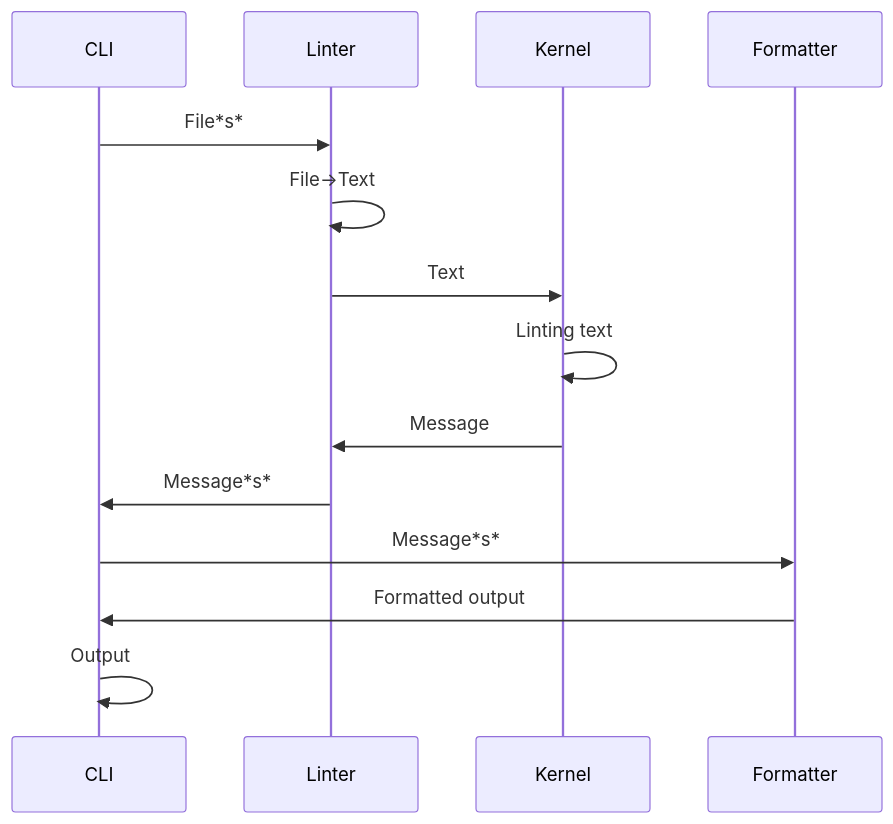
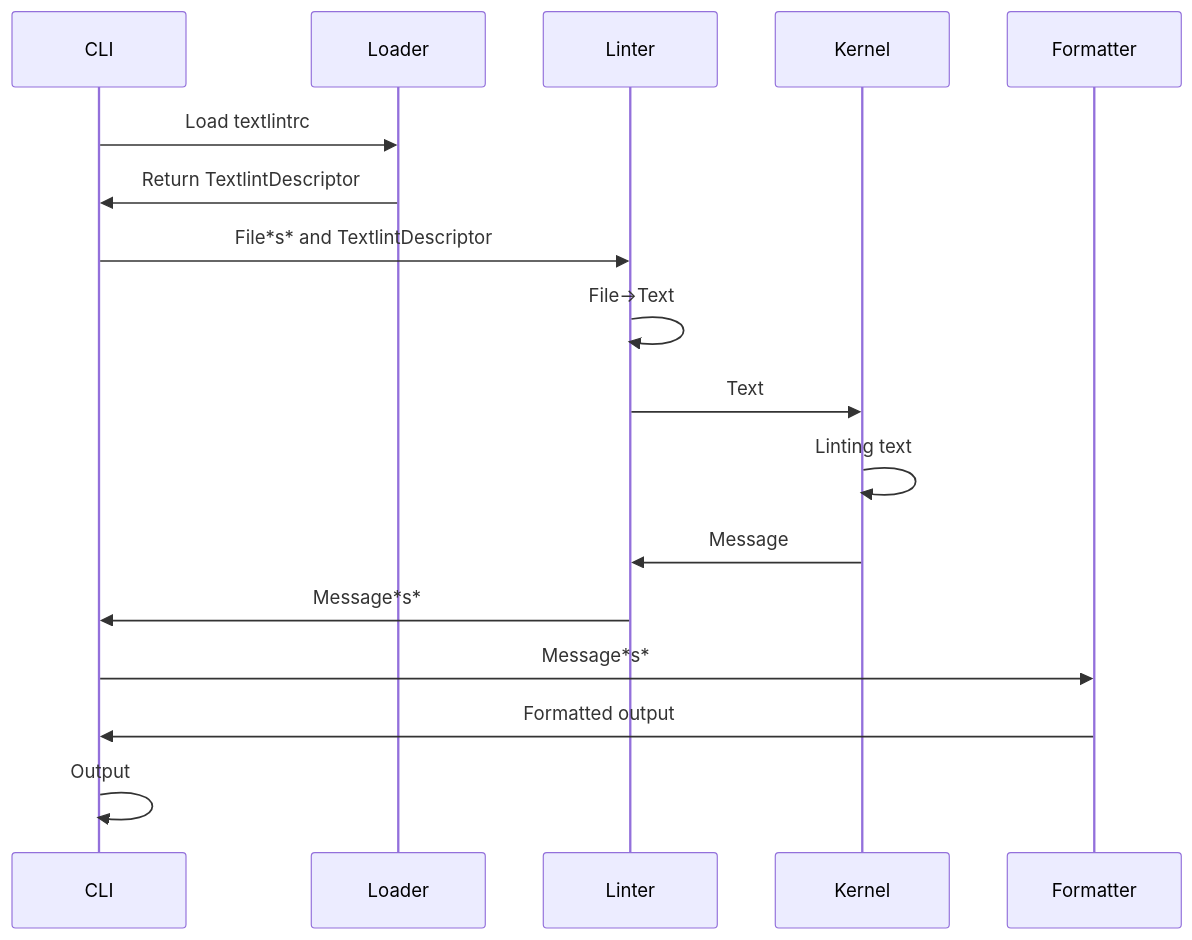
One commit to textlint/textlint changed the diagram in packages/textlint/src/README.md. Above: the diagram before and after it, drawn with Mermaid.

````diff
--- a/packages/textlint/src/README.md
+++ b/packages/textlint/src/README.md
@@ -5,12 +5,14 @@
 ```mermaid
 sequenceDiagram
-  CLI->>Linter: File*s*
+  CLI->>Loader: Load textlintrc
+  Loader->>CLI: Return TextlintDescriptor
+  CLI->>Linter: File*s* and TextlintDescriptor
   Linter->>Linter: File->Text
   Linter->>Kernel: Text
   Kernel->>Kernel: Linting text
   Kernel->>Linter: Message
   Linter->>CLI: Message*s*
   CLI->>Formatter: Message*s*
   Formatter->>CLI: Formatted output
   CLI->>CLI: Output
 ```
````
